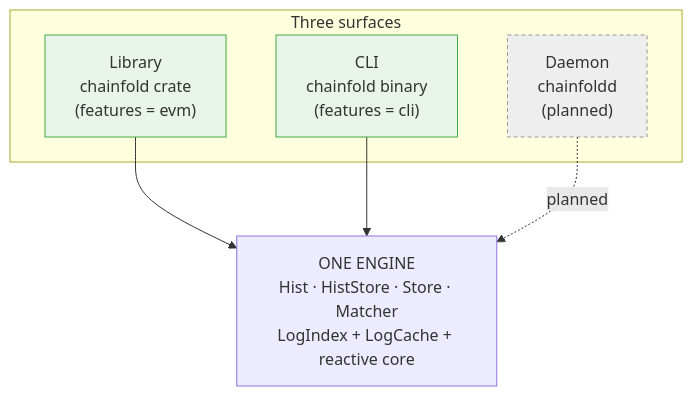
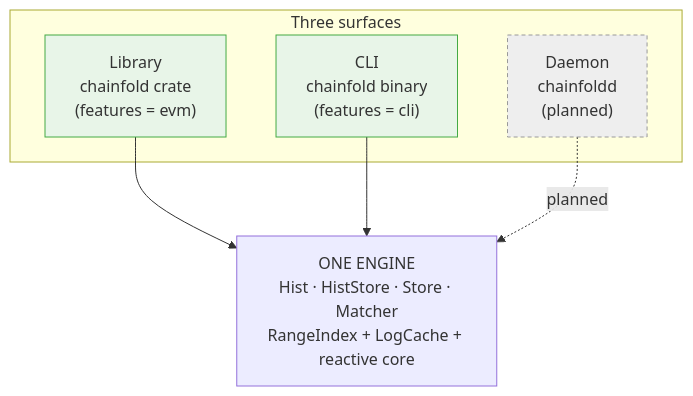
The first of 12 diagrams in docs/ARCHITECTURE.md (nikicat/chainfold), drawn with Mermaid before and after one commit. The commit also changed other lines of this file and 2 other files, not shown here.

First line of the commit message:
docs: align ARCHITECTURE.md + refactor.md + TODO.md with shipped R3

````diff
--- a/docs/ARCHITECTURE.md
+++ b/docs/ARCHITECTURE.md
@@ -86,17 +89,17 @@
 ```mermaid
 flowchart TB
     subgraph SURFACES["Three surfaces"]
         LIB["Library<br/>chainfold crate<br/>(features = evm)"]
         CLI["CLI<br/>chainfold binary<br/>(features = cli)"]
         DAEMON["Daemon<br/>chainfoldd<br/>(planned)"]
     end
-    ENGINE["ONE ENGINE<br/>Hist · HistStore · Store · Matcher<br/>LogIndex + LogCache + reactive core"]
+    ENGINE["ONE ENGINE<br/>Hist · HistStore · Store · Matcher<br/>RangeIndex + LogCache + reactive core"]
     LIB --> ENGINE
     CLI --> ENGINE
     DAEMON -.planned.-> ENGINE
 
     classDef live fill:#e8f5e8,stroke:#44aa44
     classDef planned fill:#eee,stroke:#999,stroke-dasharray:4 3
     class LIB,CLI live
     class DAEMON planned
 ```
````
